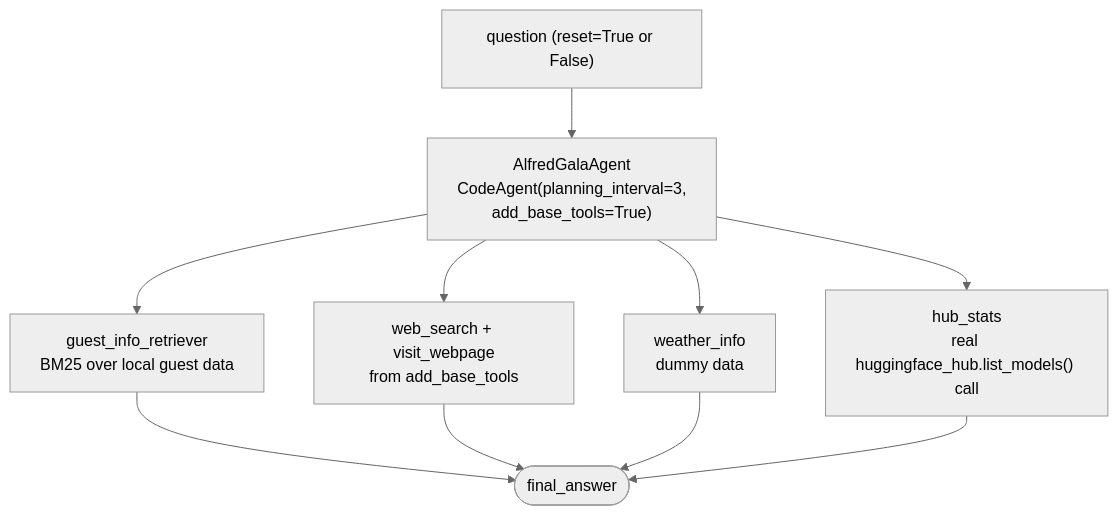
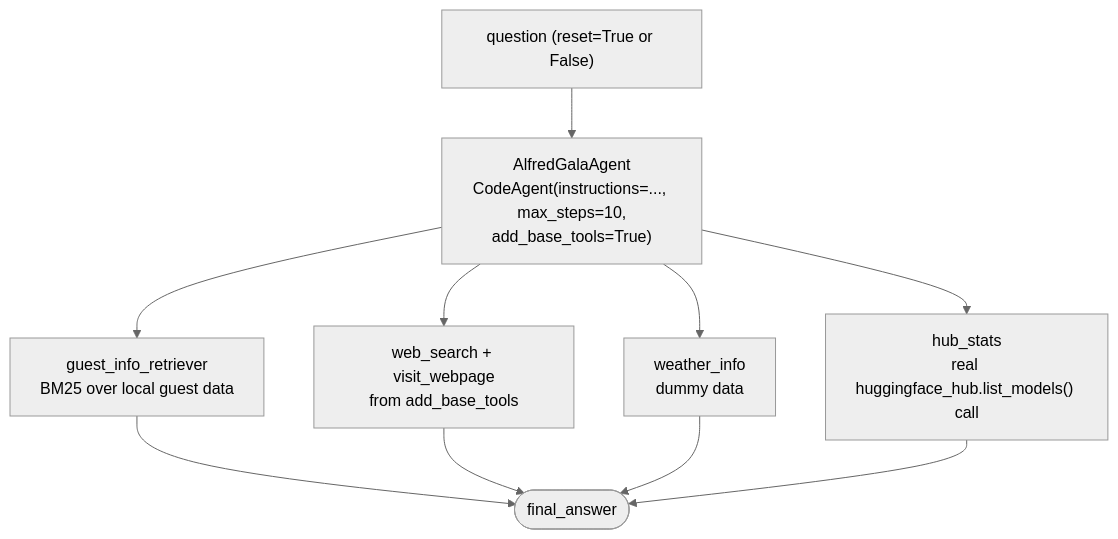
Before and after one commit to catgovind/HuggingFaceAgent: the diagram in src/huggingface_agent/unit3_agentic_rag/invitees/README.md, drawn with Mermaid (neutral theme). The commit also changed other lines of this file and 2 other files, not shown here.

First line of the commit message:
Add eval_alfred.py; found and fixed a real planning_interval bug

````diff
--- a/src/huggingface_agent/unit3_agentic_rag/invitees/README.md
+++ b/src/huggingface_agent/unit3_agentic_rag/invitees/README.md
@@ -35,12 +41,12 @@
 ```mermaid
 flowchart TD
-    Q["question (reset=True or False)"] --> Agent["AlfredGalaAgent\nCodeAgent(planning_interval=3,\nadd_base_tools=True)"]
+    Q["question (reset=True or False)"] --> Agent["AlfredGalaAgent\nCodeAgent(instructions=..., max_steps=10,\nadd_base_tools=True)"]
     Agent --> GT["guest_info_retriever\nBM25 over local guest data"]
     Agent --> WS["web_search + visit_webpage\nfrom add_base_tools"]
     Agent --> WT["weather_info\ndummy data"]
     Agent --> HS["hub_stats\nreal huggingface_hub.list_models() call"]
     GT --> Out(["final_answer"])
     WS --> Out
     WT --> Out
     HS --> Out
 ```
````
